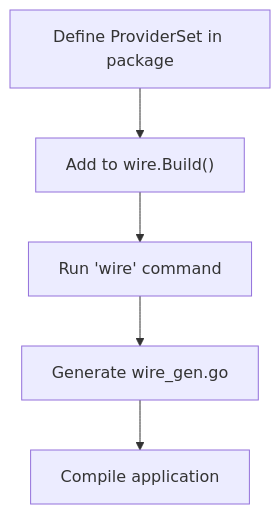
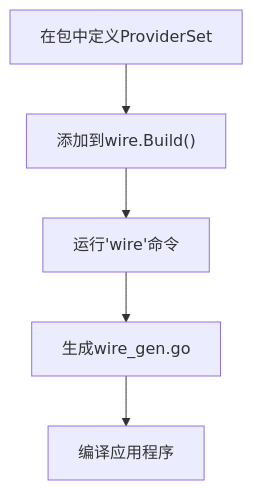
One commit to 26huitailang/kratos-boilerplate changed the seventh of 8 diagrams in .qoder/repowiki/zh/content/Development Guide/Adding New Features.md. Above: the diagram before and after it, drawn with Mermaid. The commit also changed other lines of this file and 62 other files, not shown here.

````diff
--- a/.qoder/repowiki/zh/content/Development Guide/Adding New Features.md
+++ b/.qoder/repowiki/zh/content/Development Guide/Adding New Features.md
@@ -314,7 +324,7 @@
 ```mermaid
 flowchart TD
-A["Define ProviderSet in package"] --> B["Add to wire.Build()"]
-B --> C["Run 'wire' command"]
-C --> D["Generate wire_gen.go"]
-D --> E["Compile application"]
+A["在包中定义ProviderSet"] --> B["添加到wire.Build()"]
+B --> C["运行'wire'命令"]
+C --> D["生成wire_gen.go"]
+D --> E["编译应用程序"]
 ```
````
